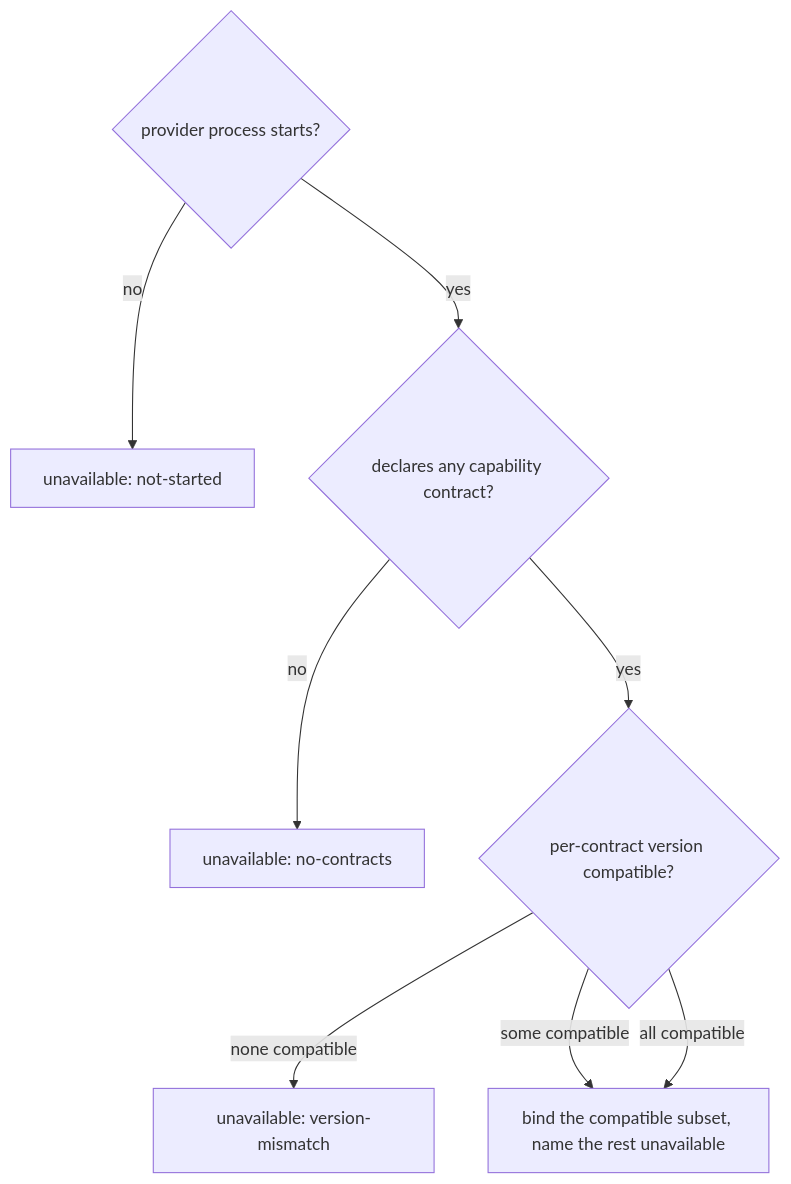
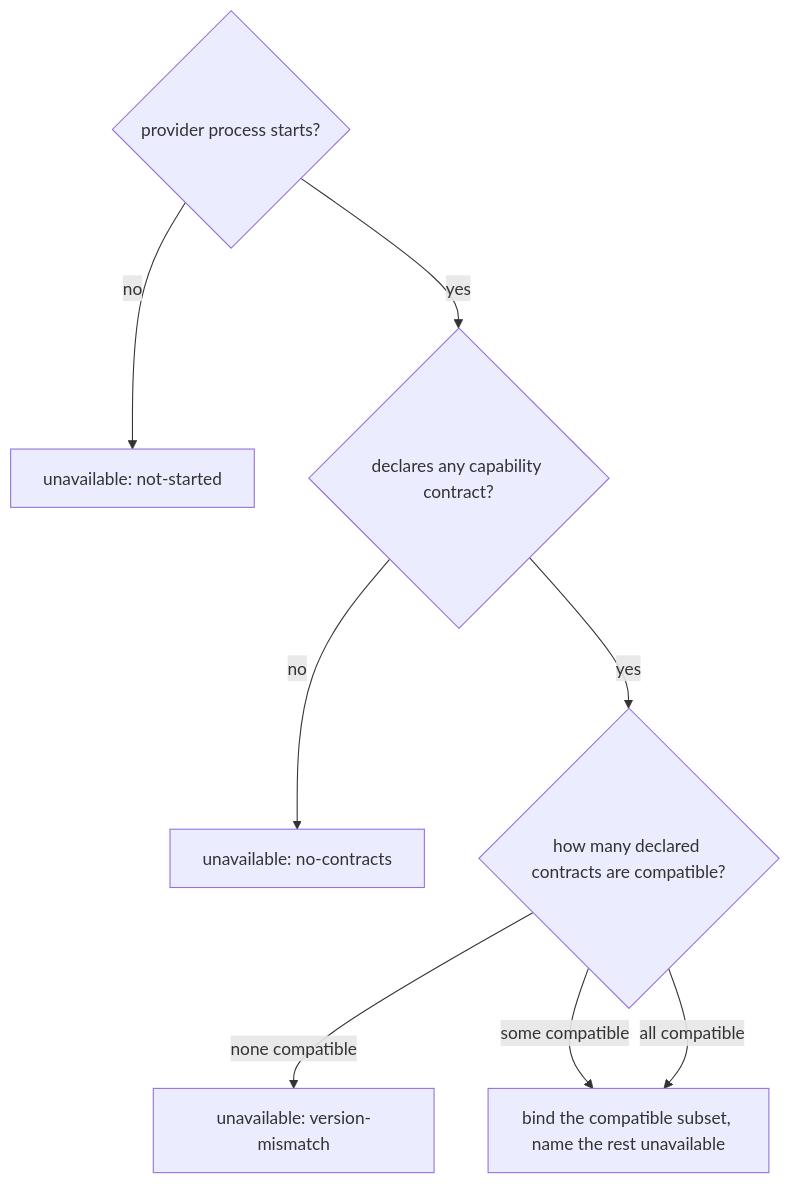
One commit to cyberuni/cyber-truss changed the second of 6 diagrams in packages/command-center/.agents/spec/integration/extension-contract/README.md. Above: the diagram before and after it, drawn with Mermaid. The commit also changed other lines of this file and 2 other files, not shown here.

````diff
--- a/packages/command-center/.agents/spec/integration/extension-contract/README.md
+++ b/packages/command-center/.agents/spec/integration/extension-contract/README.md
@@ -182,11 +190,11 @@
 ```mermaid
 graph TD
   B{provider process starts?}
   B -->|no| U1[unavailable: not-started]
   B -->|yes| C{declares any capability contract?}
   C -->|no| U2[unavailable: no-contracts]
-  C -->|yes| D{per-contract version compatible?}
+  C -->|yes| D{how many declared contracts are compatible?}
   D -->|none compatible| U3[unavailable: version-mismatch]
   D -->|some compatible| E[bind the compatible subset, name the rest unavailable]
   D -->|all compatible| E
 ```
````
